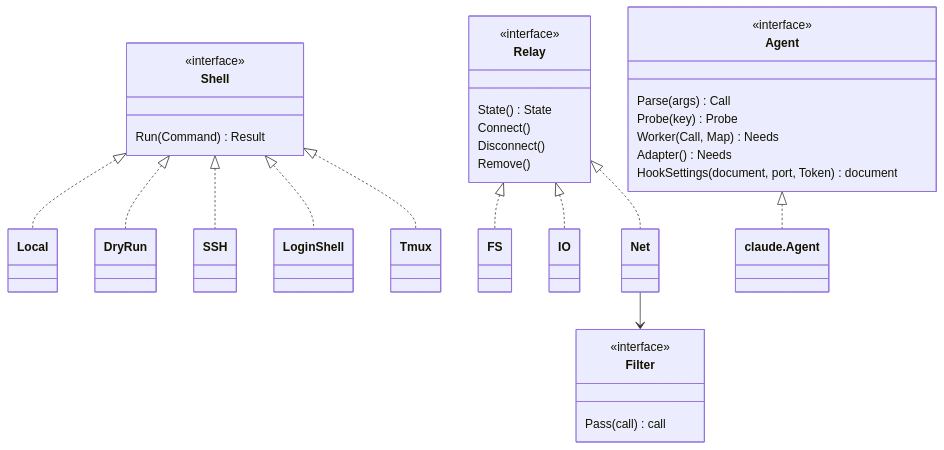
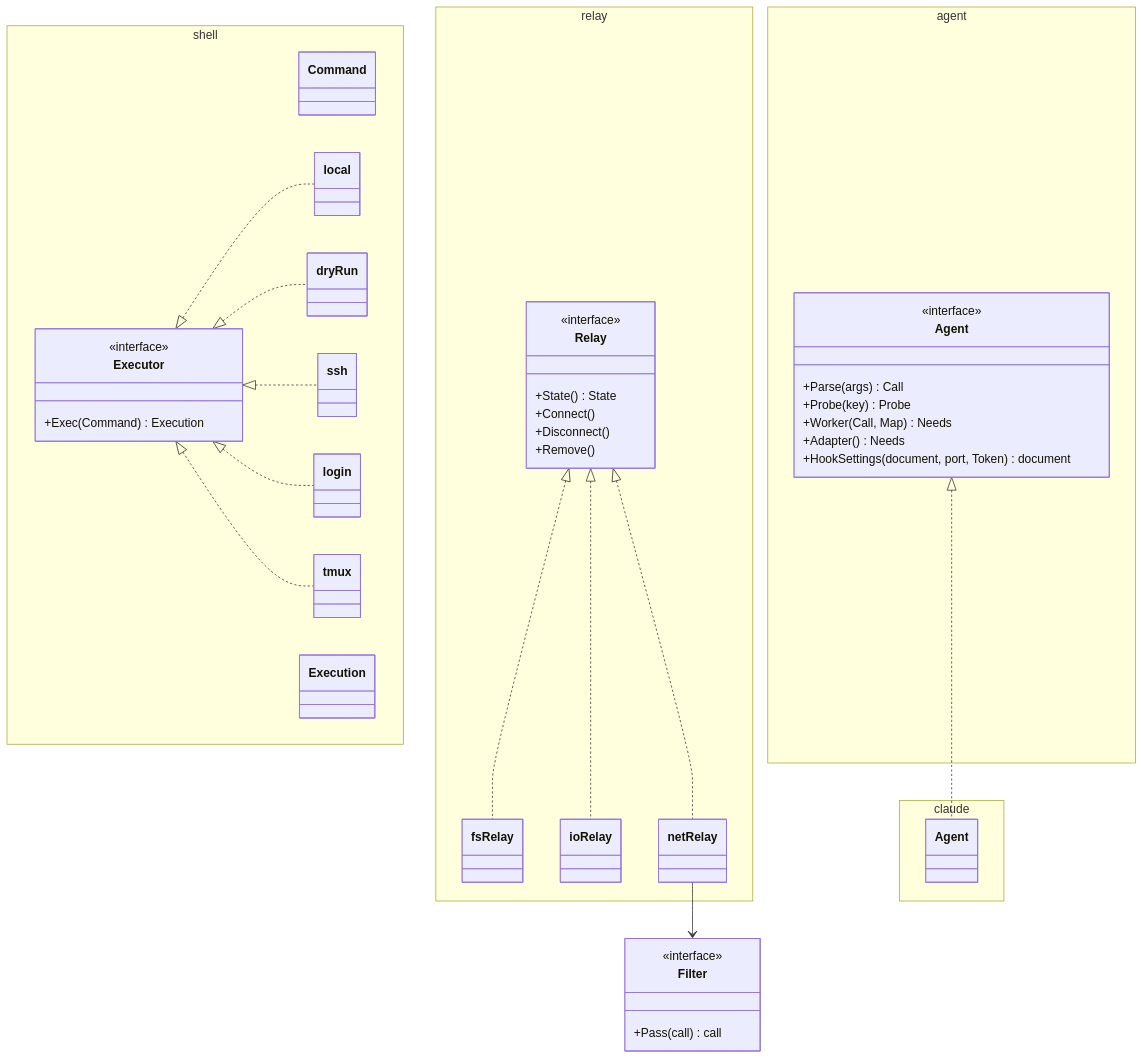
The seventh of 12 diagrams in docs/ARCHITECTURE.md (zerlok/hermod), drawn with Mermaid before and after one commit. The commit also changed other lines of this file and 1 other file, not shown here.

First line of the commit message:
docs(architecture): describe each entity, leases, storage and package layers

````diff
--- a/docs/ARCHITECTURE.md
+++ b/docs/ARCHITECTURE.md
@@ -200,37 +334,58 @@
 ```mermaid
 classDiagram
-    class Shell {
-        <<interface>>
-        Run(Command) Result
+    namespace shell {
+        class Command
+        class Execution
+        class Executor {
+            <<interface>>
+            +Exec(Command) Execution
+        }
+        class dryRun
+        class local
+        class ssh
+        class login
+        class tmux
     }
-    class Relay {
-        <<interface>>
-        State() State
-        Connect()
-        Disconnect()
-        Remove()
+    namespace relay {
+        class Relay {
+            <<interface>>
+            +State() State
+            +Connect()
+            +Disconnect()
+            +Remove()
+        }
+        class fsRelay
+        class ioRelay
+        class netRelay
     }
     class Filter {
         <<interface>>
-        Pass(call) call
+        +Pass(call) call
     }
-    class Agent {
-        <<interface>>
-        Parse(args) Call
-        Probe(key) Probe
-        Worker(Call, Map) Needs
-        Adapter() Needs
-        HookSettings(document, port, Token) document
+    
+    namespace agent {
+        class Agent {
+            <<interface>>
+            +Parse(args) Call
+            +Probe(key) Probe
+            +Worker(Call, Map) Needs
+            +Adapter() Needs
+            +HookSettings(document, port, Token) document
+        }
     }
-    Shell <|.. Local
-    Shell <|.. DryRun
-    Shell <|.. SSH
-    Shell <|.. LoginShell
-    Shell <|.. Tmux
-    Relay <|.. FS
-    Relay <|.. IO
-    Relay <|.. Net
-    Net --> Filter
+    
+    namespace claude {
+        class claudeAgent["Agent"]
+    }
+    
+    Executor <|.. local
+    Executor <|.. dryRun
+    Executor <|.. ssh
+    Executor <|.. login
+    Executor <|.. tmux
+    Relay <|.. fsRelay
+    Relay <|.. ioRelay
+    Relay <|.. netRelay
+    netRelay --> Filter
     Agent <|.. claudeAgent
-    class claudeAgent["claude.Agent"]
 ```
````
